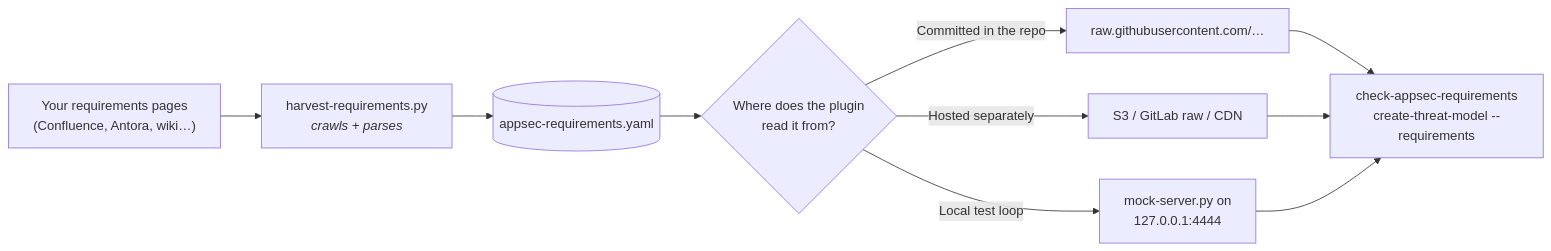
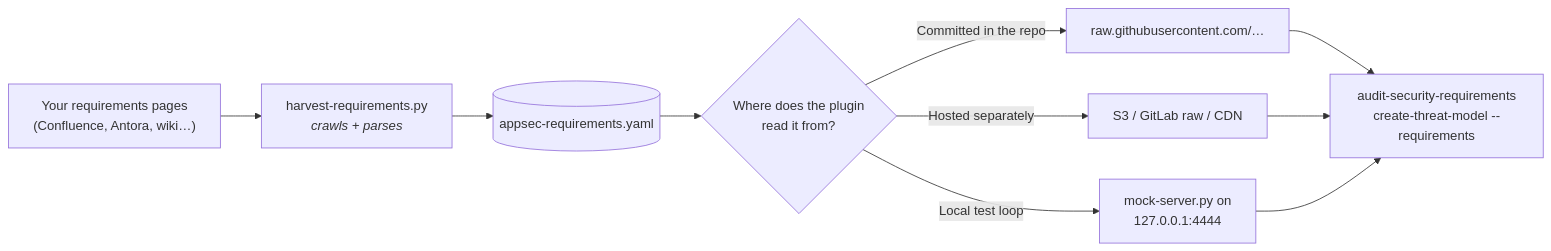
The diagram in docs/harvester.md (appsec-foundry/appsec-analyzer), drawn with Mermaid before and after one commit. The commit also changed other lines of this file and 64 other files, not shown here.

````diff
--- a/docs/harvester.md
+++ b/docs/harvester.md
@@ -7,12 +7,12 @@
 ```mermaid
 flowchart LR
     A["Your requirements pages<br/>(Confluence, Antora, wiki…)"] --> B["harvest-requirements.py<br/><i>crawls + parses</i>"]
     B --> C[("appsec-requirements.yaml")]
     C --> D{"Where does the plugin<br/>read it from?"}
     D -->|"Committed in the repo"| E["raw.githubusercontent.com/…"]
     D -->|"Hosted separately"| F["S3 / GitLab raw / CDN"]
     D -->|"Local test loop"| G["mock-server.py on<br/>127.0.0.1:4444"]
-    E --> H["check-appsec-requirements<br/>create-threat-model --requirements"]
+    E --> H["audit-security-requirements<br/>create-threat-model --requirements"]
     F --> H
     G --> H
 ```
````
